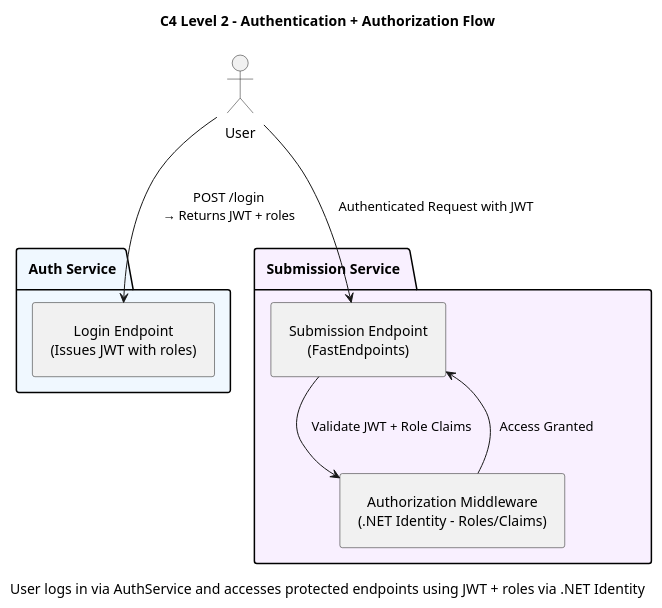
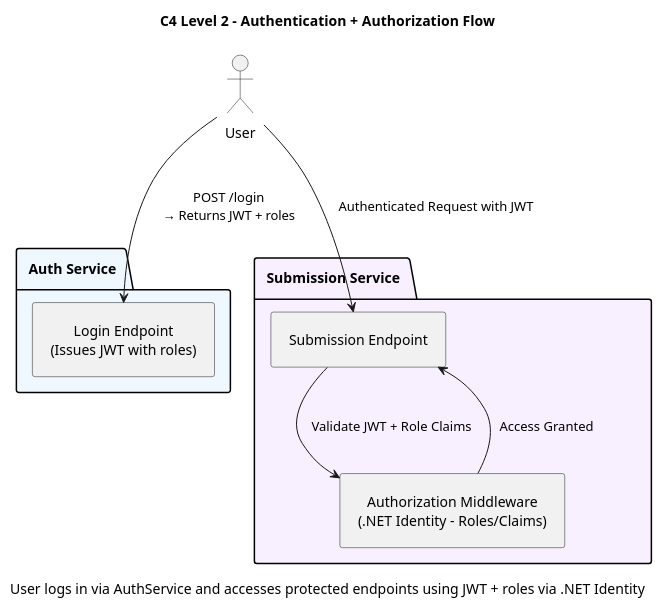
Before and after one commit to ldumit/Articles: the diagram in docs/architecture/services/Auth/C4-L2-Authorization & Authentication.puml, drawn with PlantUML. The commit also changed 11 other files, not shown here.

Commit message:
[Architecture]

```diff
--- a/docs/architecture/services/Auth/C4-L2-Authorization & Authentication.puml
+++ b/docs/architecture/services/Auth/C4-L2-Authorization & Authentication.puml
@@ -1,31 +1,31 @@
 @startuml AuthLoginFlow_C4_Level2
 
 skinparam componentStyle rectangle
 skinparam defaultTextAlignment center
 skinparam shadowing false
 skinparam padding 8
 'skinparam linetype ortho
 
 title C4 Level 2 – Authentication + Authorization Flow
 caption User logs in via AuthService and accesses protected endpoints using JWT + roles via .NET Identity
 
 actor "User" as Client
 
 package "Auth Service" #F0F8FF {
   [Login Endpoint\n(Issues JWT with roles)] as Login
 }
 
 package "Submission Service" #F9F0FF {
-  [Submission Endpoint\n(FastEndpoints)] as SubAPI
+  [Submission Endpoint] as SubAPI
   [Authorization Middleware\n(.NET Identity – Roles/Claims)] as AuthZ
 }
 
 ' Login flow
 Client --> Login : POST /login\n→ Returns JWT + roles
 
 ' Access flow
 Client --> SubAPI : Authenticated Request with JWT
 SubAPI --> AuthZ : Validate JWT + Role Claims
 AuthZ --> SubAPI : Access Granted
 
 @enduml
```
